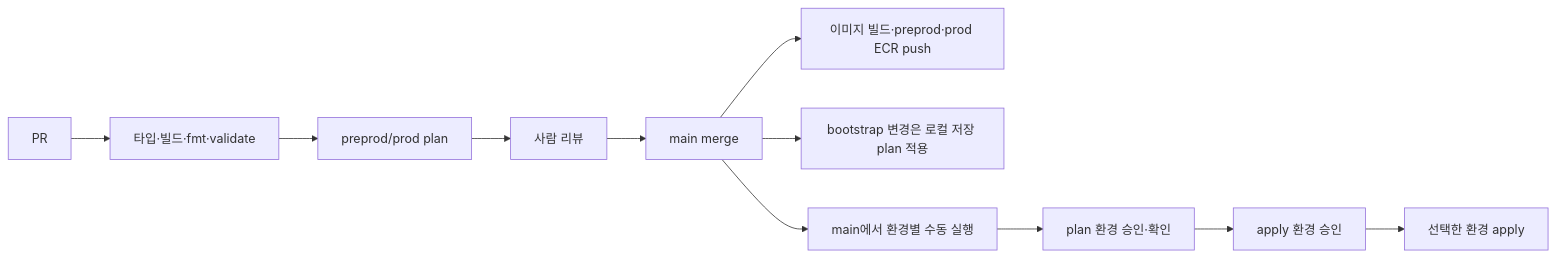
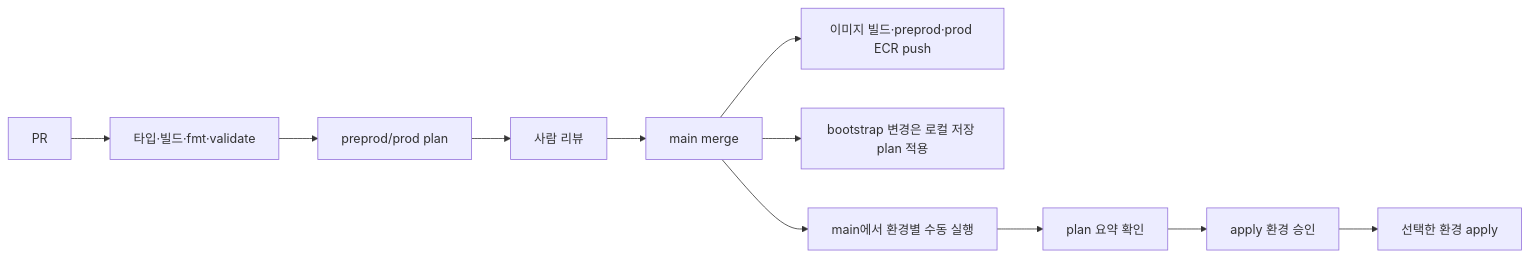
Before and after one commit to ban-dal/aws-ecs-fullstack-app: the second of 2 diagrams in docs/architecture.md, drawn with Mermaid. The commit also changed other lines of this file and 6 other files, not shown here.

````diff
--- a/docs/architecture.md
+++ b/docs/architecture.md
@@ -41,13 +41,13 @@
 ```mermaid
 flowchart LR
   PR[PR] --> Checks[타입·빌드·fmt·validate]
   Checks --> Plan[preprod/prod plan]
   Plan --> Review[사람 리뷰]
   Review --> Merge[main merge]
   Merge --> Image[이미지 빌드·preprod·prod ECR push]
   Merge --> Bootstrap[bootstrap 변경은 로컬 저장 plan 적용]
   Merge --> Dispatch[main에서 환경별 수동 실행]
-  Dispatch --> ApplyPlan[plan 환경 승인·확인]
+  Dispatch --> ApplyPlan[plan 요약 확인]
   ApplyPlan --> Approval[apply 환경 승인]
   Approval --> Apply[선택한 환경 apply]
 ```
````
